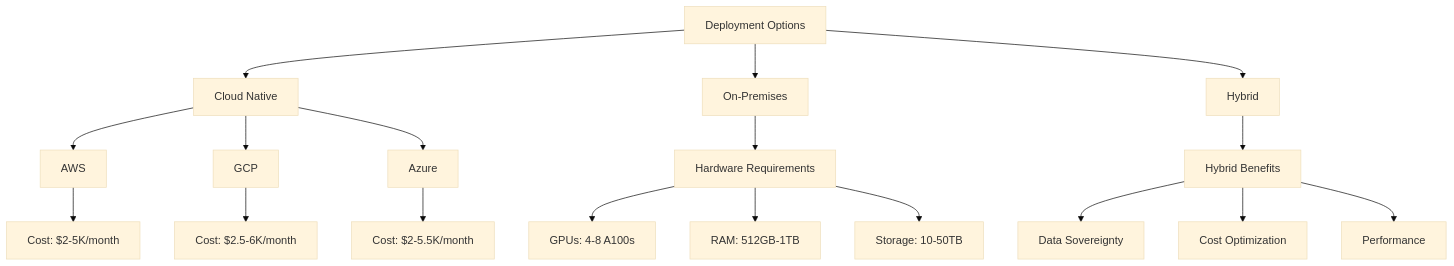
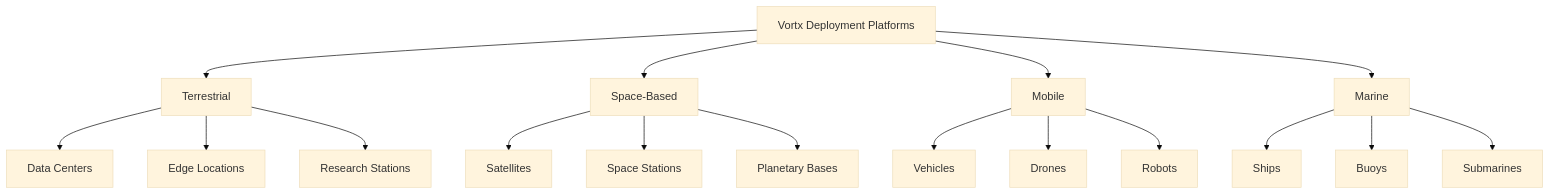
The second of 2 diagrams in docs/deployment.md (Vortx-AI/synthetic-satellite), drawn with Mermaid (base theme) before and after one commit. The commit also changed other lines of this file, not shown here.

````diff
--- a/docs/deployment.md
+++ b/docs/deployment.md
@@ -984,24 +1329,23 @@
 ```mermaid
 graph TD
-    A[Deployment Options] --> B[Cloud Native]
-    A --> C[On-Premises]
-    A --> D[Hybrid]
+    A[Vortx Deployment Platforms] --> B[Terrestrial]
+    A --> C[Space-Based]
+    A --> D[Mobile]
+    A --> E[Marine]
     
-    B --> E[AWS]
-    B --> F[GCP]
-    B --> G[Azure]
+    B --> F[Data Centers]
+    B --> G[Edge Locations]
+    B --> H[Research Stations]
     
-    E --> H[Cost: $2-5K/month]
-    F --> I[Cost: $2.5-6K/month]
-    G --> J[Cost: $2-5.5K/month]
+    C --> I[Satellites]
+    C --> J[Space Stations]
+    C --> K[Planetary Bases]
     
-    C --> K[Hardware Requirements]
-    K --> L[GPUs: 4-8 A100s]
-    K --> M[RAM: 512GB-1TB]
-    K --> N[Storage: 10-50TB]
+    D --> L[Vehicles]
+    D --> M[Drones]
+    D --> N[Robots]
     
-    D --> O[Hybrid Benefits]
-    O --> P[Data Sovereignty]
-    O --> Q[Cost Optimization]
-    O --> R[Performance]
+    E --> O[Ships]
+    E --> P[Buoys]
+    E --> Q[Submarines]
 ```
````
